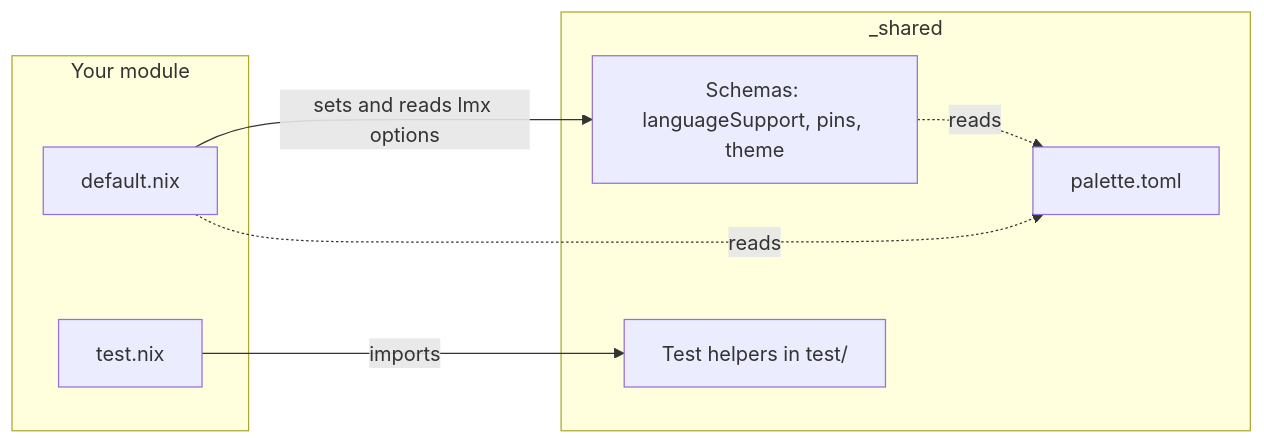
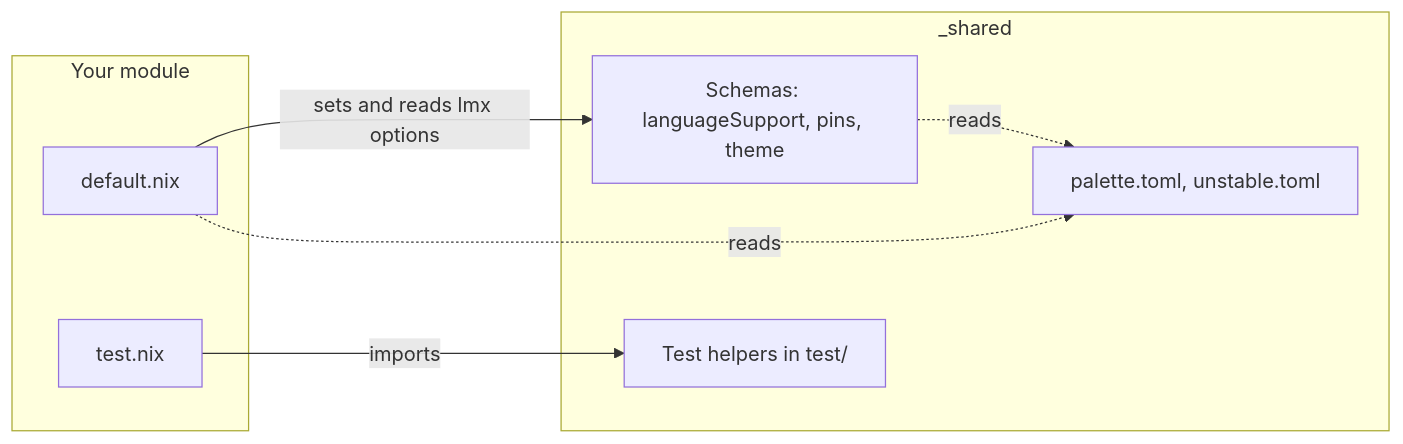
Before and after one commit to limanix/modules: the first of 2 diagrams in catalog/_shared/README.md, drawn with Mermaid. The commit also changed other lines of this file and 133 other files, not shown here.

````diff
--- a/catalog/_shared/README.md
+++ b/catalog/_shared/README.md
@@ -7,16 +7,16 @@
 ```mermaid
 flowchart LR
     subgraph mod[Your module]
         default[default.nix]
         test[test.nix]
     end
     subgraph shared[_shared]
         schemas[Schemas: languageSupport, pins, theme]
         helpers[Test helpers in test/]
-        data[palette.toml]
+        data[palette.toml, unstable.toml]
     end
     default -- sets and reads lmx options --> schemas
     default -. reads .-> data
     schemas -. reads .-> data
     test -- imports --> helpers
 ```
````
